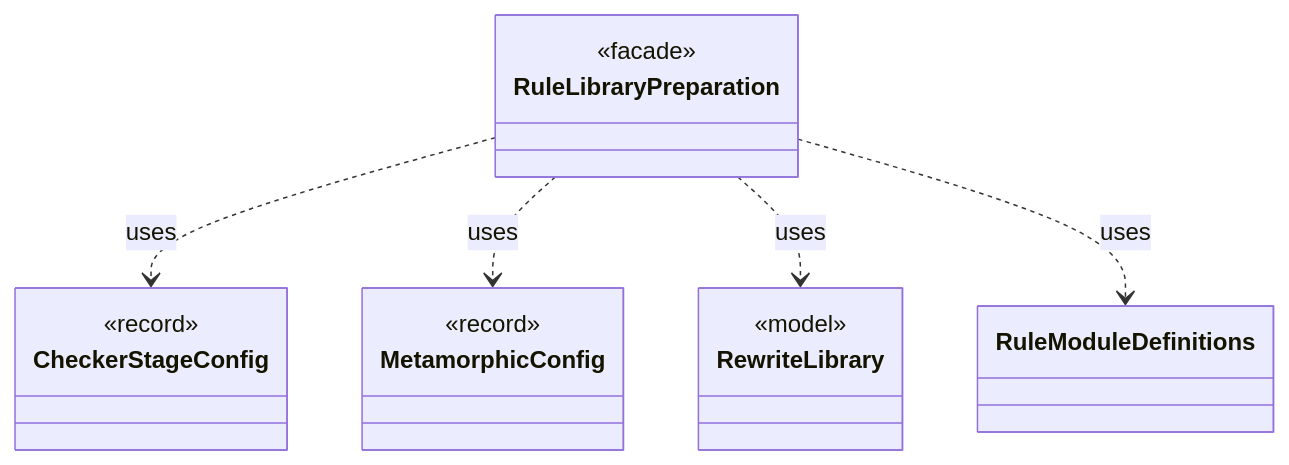
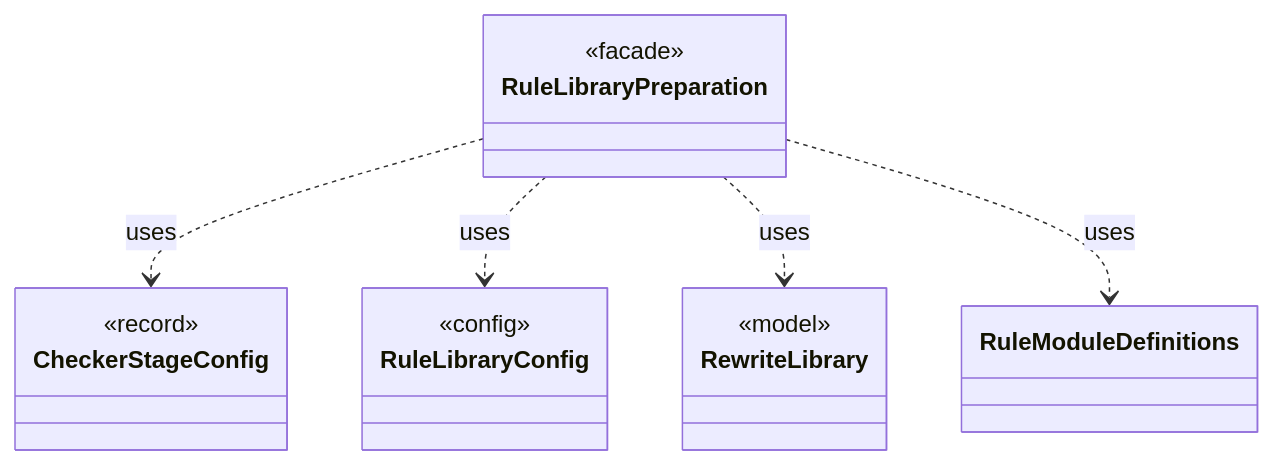
Before and after one commit to tlaplus/model-checker-hardening: the diagram in dev/types/io.github.tlaplus.hardening.workflow.library.RuleLibraryPreparation.md, drawn with Mermaid. The commit also changed other lines of this file and 405 other files, not shown here.

````diff
--- a/dev/types/io.github.tlaplus.hardening.workflow.library.RuleLibraryPreparation.md
+++ b/dev/types/io.github.tlaplus.hardening.workflow.library.RuleLibraryPreparation.md
@@ -9,20 +9,20 @@
 ```mermaid
 classDiagram
   class RuleLibraryPreparation {
     <<facade>>
   }
   class CheckerStageConfig {
     <<record>>
   }
-  class MetamorphicConfig {
-    <<record>>
+  class RuleLibraryConfig {
+    <<config>>
   }
   class RewriteLibrary {
     <<model>>
   }
   class RuleModuleDefinitions
   RuleLibraryPreparation ..> CheckerStageConfig : uses
-  RuleLibraryPreparation ..> MetamorphicConfig : uses
+  RuleLibraryPreparation ..> RuleLibraryConfig : uses
   RuleLibraryPreparation ..> RewriteLibrary : uses
   RuleLibraryPreparation ..> RuleModuleDefinitions : uses
 ```
````
